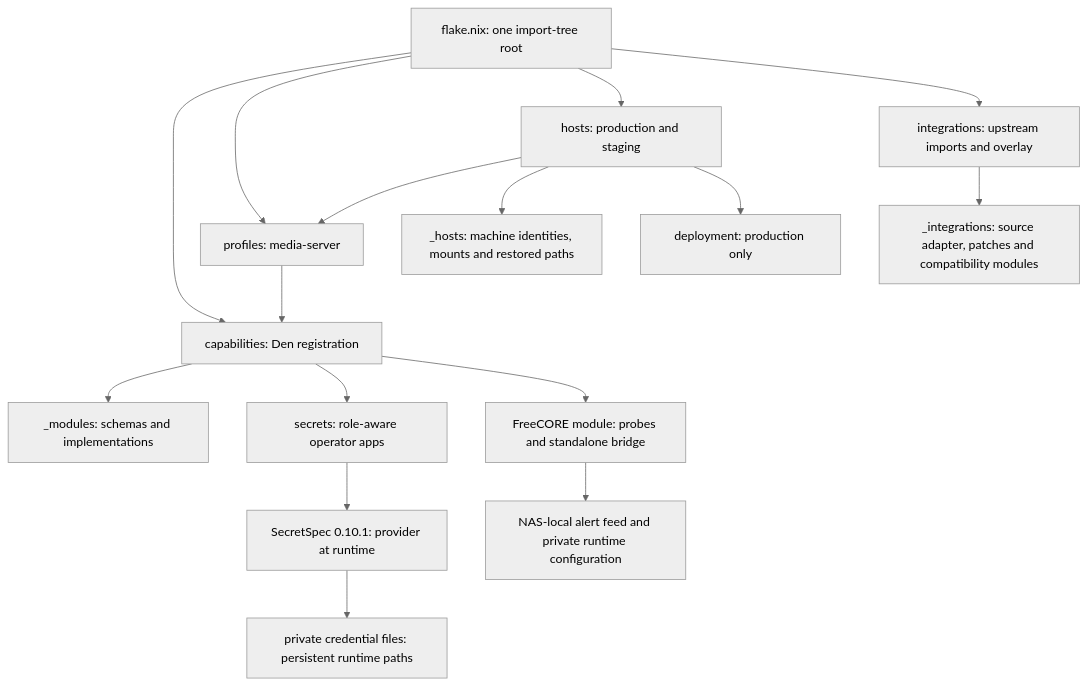
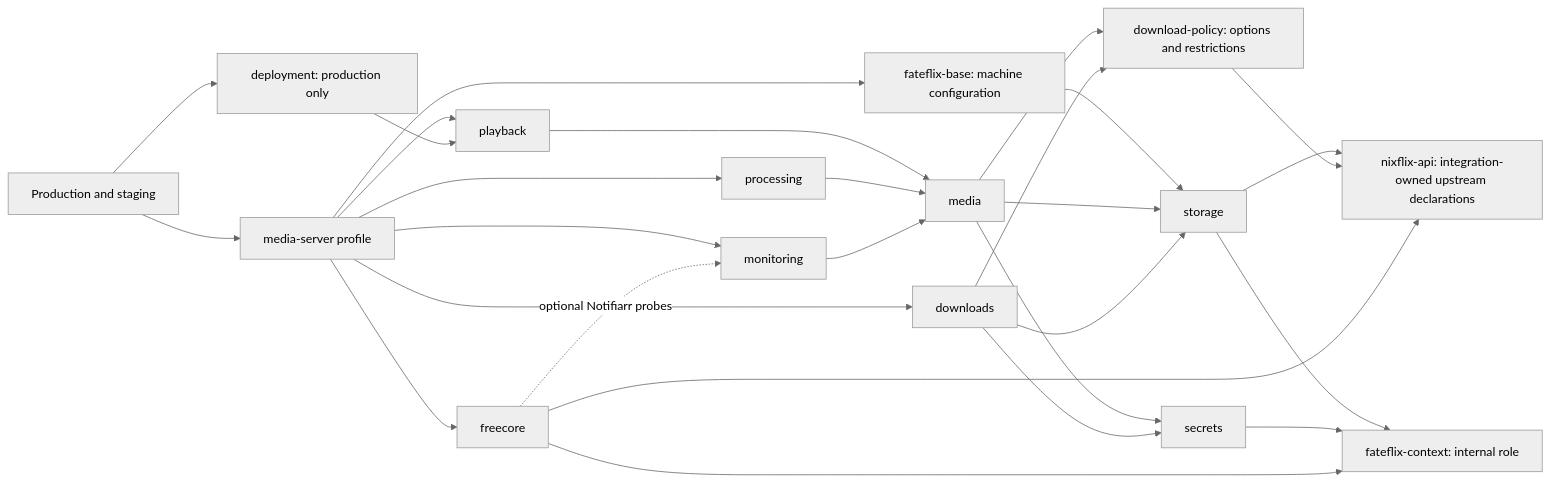
Before and after one commit to dales-garage/fateflix: the diagram in docs/fateflix.md, drawn with Mermaid (neutral theme). The commit also changed other lines of this file and 157 other files, not shown here.

First line of the commit message:
Compose FateFlix from owned capabilities

````diff
--- a/docs/fateflix.md
+++ b/docs/fateflix.md
@@ -19,18 +19,29 @@
 ```mermaid
-flowchart TD
-  F[flake.nix: one import-tree root] --> C[capabilities: Den registration]
-  F --> P[profiles: media-server]
-  F --> H[hosts: production and staging]
-  F --> I[integrations: upstream imports and overlay]
-  C --> M[_modules: schemas and implementations]
-  P --> C
-  H --> P
-  H --> B[_hosts: machine identities, mounts and restored paths]
+flowchart LR
+  H[Production and staging] --> P[media-server profile]
   H --> D[deployment: production only]
-  I --> U[_integrations: source adapter, patches and compatibility modules]
-  S[secrets: role-aware operator apps] --> R[SecretSpec 0.10.1: provider at runtime]
-  C --> S
-  C --> T[FreeCORE module: probes and standalone bridge]
-  T --> N[NAS-local alert feed and private runtime configuration]
-  R --> V[private credential files: persistent runtime paths]
+  P --> B[fateflix-base: machine configuration]
+  B --> S[storage]
+  P --> DL[downloads]
+  P --> PB[playback]
+  P --> PR[processing]
+  P --> M[monitoring]
+  P --> F[freecore]
+  D --> PB
+  PB --> ME[media]
+  PR --> ME
+  M --> ME
+  ME --> S
+  ME --> SE[secrets]
+  ME --> DP[download-policy: options and restrictions]
+  DL --> S
+  DL --> SE
+  DL --> DP
+  S --> API[nixflix-api: integration-owned upstream declarations]
+  DP --> API
+  F --> API
+  S --> C[fateflix-context: internal role]
+  SE --> C
+  F --> C
+  F -. optional Notifiarr probes .-> M
 ```
````
